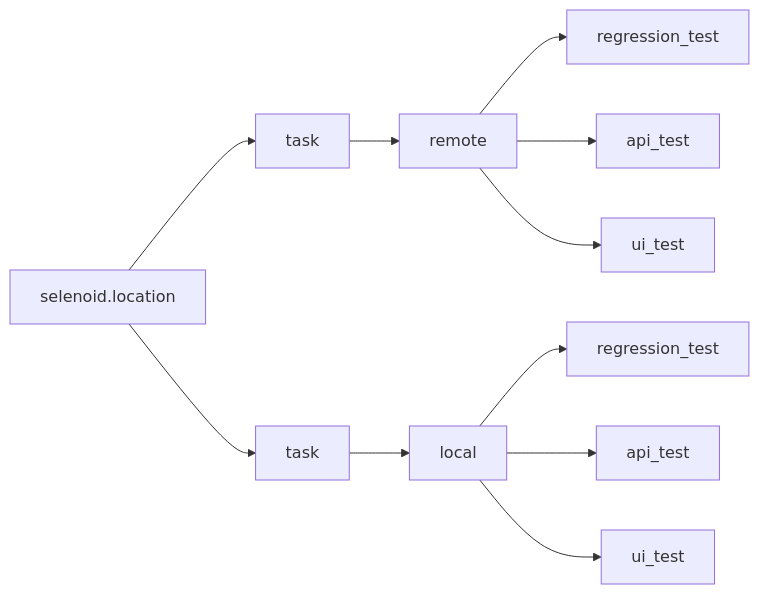
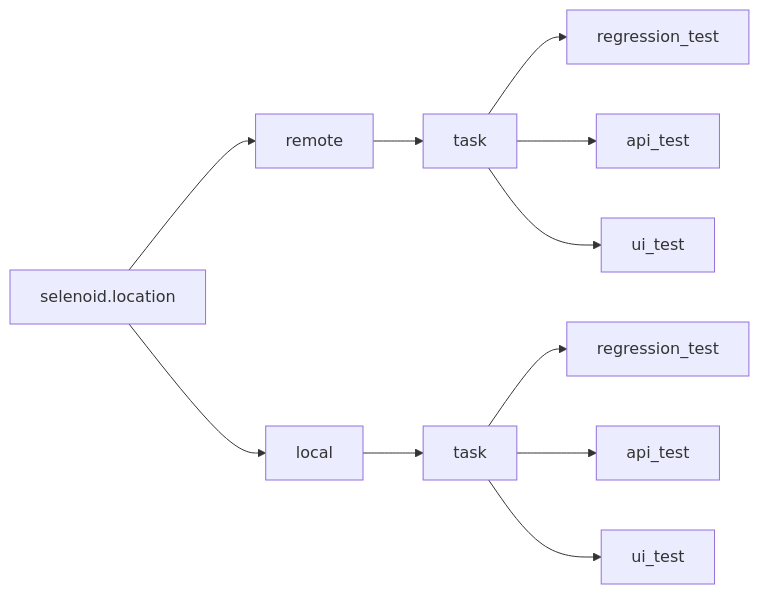
The first of 2 diagrams in README.md (chilikinow/main-autotests-project), drawn with Mermaid before and after one commit.

Commit message:
master - change graph on README.md

````diff
--- a/README.md
+++ b/README.md
@@ -91,13 +91,13 @@
 ```mermaid
 graph LR
-A[selenoid.location] --> O[task]
-O --> B[remote]
+A[selenoid.location] --> O[remote]
+O --> B[task]
 B --> C[regression_test]
 B --> D[api_test]
 B --> E[ui_test]
-A --> L[task]
-L[task] --> F[local]
+A --> L[local]
+L --> F[task]
 F --> G[regression_test]
 F --> H[api_test]
 F --> I[ui_test]
 ```
````
